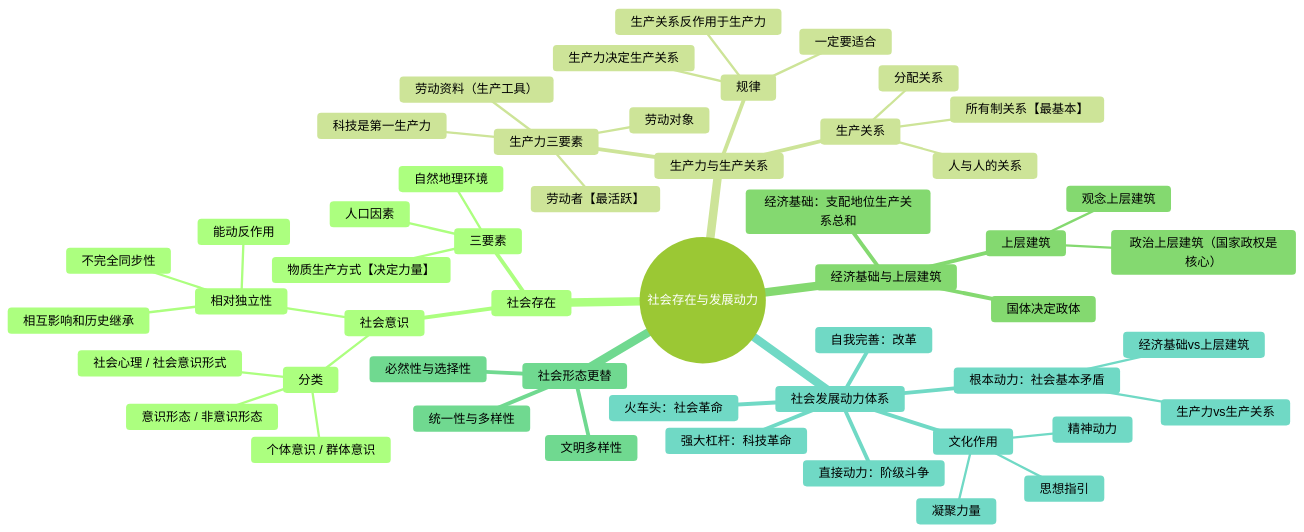
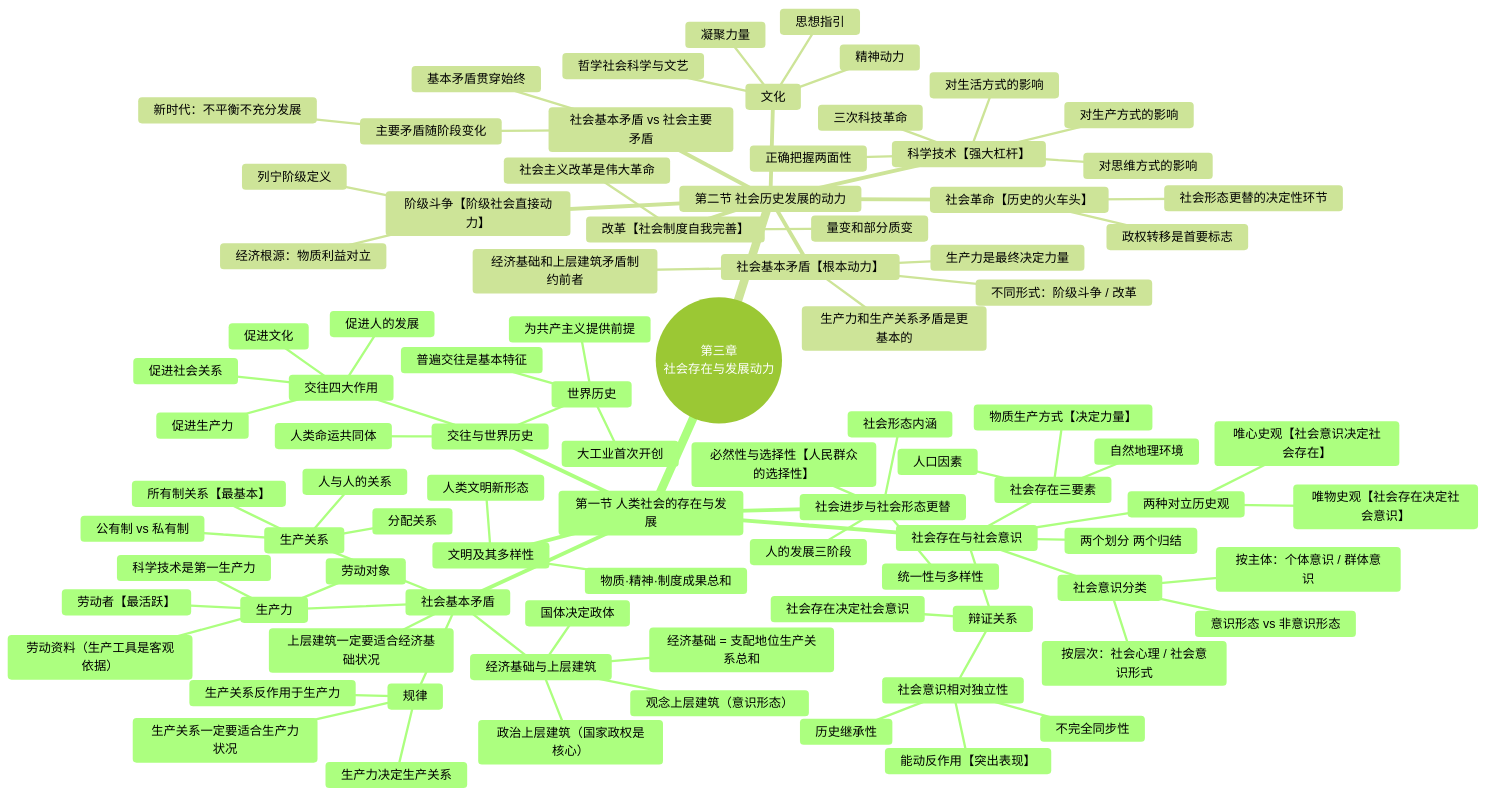
One commit to daoxiang0520/note changed the diagram in Attachments/马克思主义原理/notes/ch3-社会存在与发展动力.md. Above: the diagram before and after it, drawn with Mermaid (forest theme). The commit also changed other lines of this file and 11 other files, not shown here.

````diff
--- a/Attachments/马克思主义原理/notes/ch3-社会存在与发展动力.md
+++ b/Attachments/马克思主义原理/notes/ch3-社会存在与发展动力.md
@@ -307,54 +437,94 @@
 ```mermaid
 mindmap
-  root((社会存在与发展动力))
-    社会存在
-      三要素
-        自然地理环境
-        人口因素
-        物质生产方式【决定力量】
-      社会意识
-        分类
-          个体意识 / 群体意识
-          社会心理 / 社会意识形式
-          意识形态 / 非意识形态
-        相对独立性
-          不完全同步性
-          相互影响和历史继承
-          能动反作用
-    生产力与生产关系
-      生产力三要素
-        劳动资料（生产工具）
-        劳动对象
-        劳动者【最活跃】
-        科技是第一生产力
-      生产关系
-        所有制关系【最基本】
-        人与人的关系
-        分配关系
-      规律
-        生产力决定生产关系
-        生产关系反作用于生产力
-        一定要适合
-    经济基础与上层建筑
-      经济基础：支配地位生产关系总和
-      上层建筑
-        观念上层建筑
-        政治上层建筑（国家政权是核心）
-      国体决定政体
-    社会形态更替
-      统一性与多样性
-      必然性与选择性
-      文明多样性
-    社会发展动力体系
-      根本动力：社会基本矛盾
-        生产力vs生产关系
-        经济基础vs上层建筑
-      直接动力：阶级斗争
-      火车头：社会革命
-      自我完善：改革
-      强大杠杆：科技革命
-      文化作用
+  root((第三章<br/>社会存在与发展动力))
+    第一节 人类社会的存在与发展
+      社会存在与社会意识
+        两种对立历史观
+          唯物史观【社会存在决定社会意识】
+          唯心史观【社会意识决定社会存在】
+        社会存在三要素
+          自然地理环境
+          人口因素
+          物质生产方式【决定力量】
+        社会意识分类
+          按主体：个体意识 / 群体意识
+          按层次：社会心理 / 社会意识形式
+          意识形态 vs 非意识形态
+        辩证关系
+          社会存在决定社会意识
+          社会意识相对独立性
+            不完全同步性
+            历史继承性
+            能动反作用【突出表现】
+        两个划分 两个归结
+      社会基本矛盾
+        生产力
+          劳动资料（生产工具是客观依据）
+          劳动对象
+          劳动者【最活跃】
+          科学技术是第一生产力
+        生产关系
+          所有制关系【最基本】
+          人与人的关系
+          分配关系
+          公有制 vs 私有制
+        规律
+          生产力决定生产关系
+          生产关系反作用于生产力
+          生产关系一定要适合生产力状况
+        经济基础与上层建筑
+          经济基础 = 支配地位生产关系总和
+          观念上层建筑（意识形态）
+          政治上层建筑（国家政权是核心）
+          国体决定政体
+        上层建筑一定要适合经济基础状况
+      交往与世界历史
+        交往四大作用
+          促进生产力
+          促进社会关系
+          促进文化
+          促进人的发展
+        世界历史
+          普遍交往是基本特征
+          大工业首次开创
+          为共产主义提供前提
+        人类命运共同体
+      社会进步与社会形态更替
+        人的发展三阶段
+        社会形态内涵
+        统一性与多样性
+        必然性与选择性【人民群众的选择性】
+      文明及其多样性
+        物质·精神·制度成果总和
+        人类文明新形态
+    第二节 社会历史发展的动力
+      社会基本矛盾【根本动力】
+        生产力是最终决定力量
+        生产力和生产关系矛盾是更基本的
+        经济基础和上层建筑矛盾制约前者
+        不同形式：阶级斗争 / 改革
+      社会基本矛盾 vs 社会主要矛盾
+        基本矛盾贯穿始终
+        主要矛盾随阶段变化
+          新时代：不平衡不充分发展
+      阶级斗争【阶级社会直接动力】
+        列宁阶级定义
+        经济根源：物质利益对立
+      社会革命【历史的火车头】
+        政权转移是首要标志
+        社会形态更替的决定性环节
+      改革【社会制度自我完善】
+        量变和部分质变
+        社会主义改革是伟大革命
+      科学技术【强大杠杆】
+        三次科技革命
+        对生产方式的影响
+        对生活方式的影响
+        对思维方式的影响
+        正确把握两面性
+      文化
         思想指引
         精神动力
         凝聚力量
+        哲学社会科学与文艺
 ```
````
